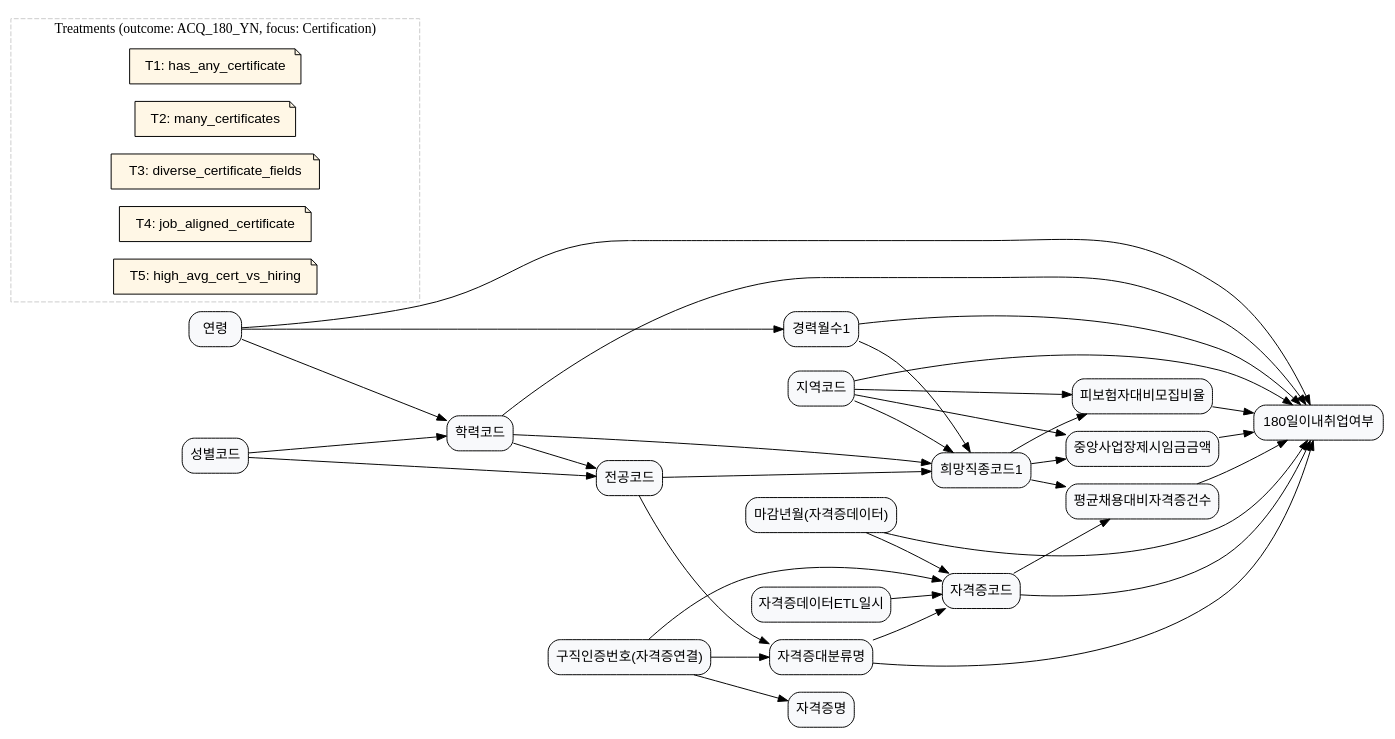
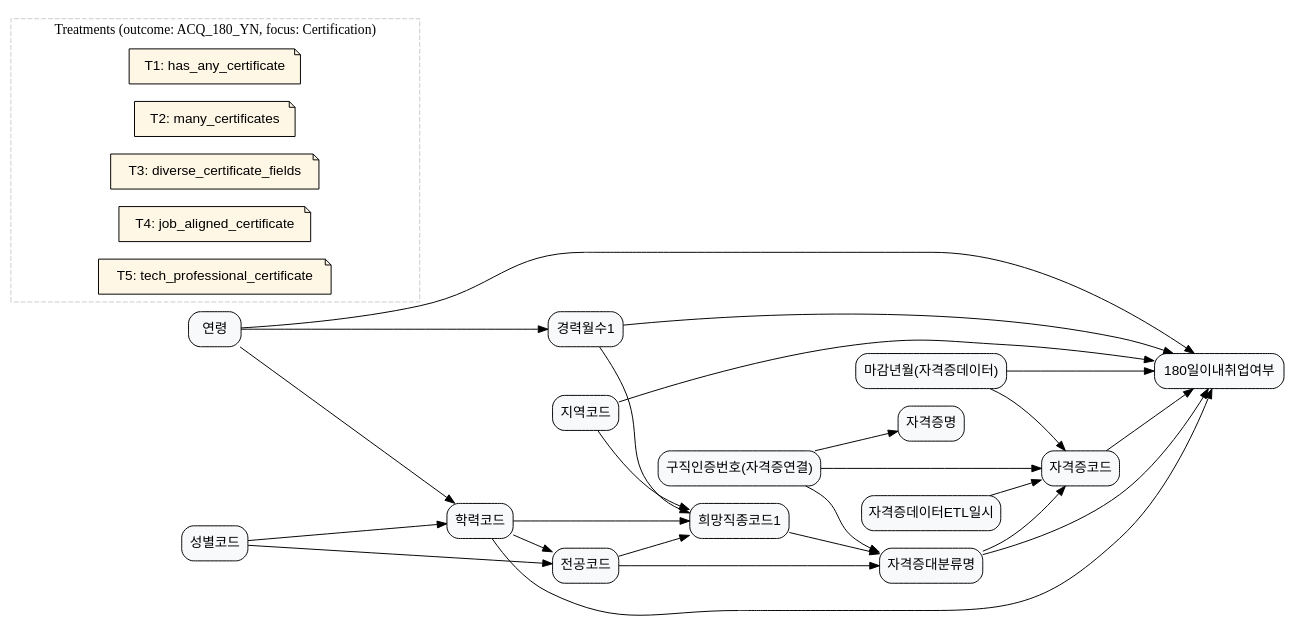
The diagram in laborlab/data/graph_data/graph_5.dot (KU-LIM-Lab/dowhy-deep), drawn with Graphviz before and after one commit. The commit also changed 4 other files, not shown here.

Commit message:
update graphs

```diff
--- a/laborlab/data/graph_data/graph_5.dot
+++ b/laborlab/data/graph_data/graph_5.dot
@@ -1,143 +1,131 @@
 digraph {
     rankdir=LR;
     node [shape=box, style="rounded,filled", fillcolor="#F8F9FB", fontname="Helvetica"];
 
     // ==== 노드 라벨 정의 (Outcome + 기본 배경) ====
     ACQ_180_YN                  [label="180일이내취업여부"];
     AGE                         [label="연령"];
     SXDS_CD                     [label="성별코드"];
     ACCR_CD                     [label="학력코드"];
     MAJR_CD1                    [label="전공코드"];
     CARR_MYCT1                  [label="경력월수1"];
     AREA_CD                     [label="지역코드"];
 
     // ==== 직종/노동시장/임금 관련 structured 변수 ====
     HOPE_JSCD1                  [label="희망직종코드1"];
-    IPS_VS_RCIT_RATE            [label="피보험자대비모집비율"];
-    NTR_BPLC_PSNT_WAGE_AMT      [label="중앙사업장제시임금금액"];
-    AVG_EMPN_VS_CRQF_CT         [label="평균채용대비자격증건수"];
 
     // ==== certification 테이블 변수 ====
     CLOS_YM                     [label="마감년월(자격증데이터)"];
     JHNT_CTN                    [label="구직인증번호(자격증연결)"];
     CRTF_CD                     [label="자격증코드"];
     CRTF_NM                     [label="자격증명"];
     CRTF_LCLS_NM                [label="자격증대분류명"];
     ETL_DT                      [label="자격증데이터ETL일시"];
 
     // ============================================================
     // ==== Treatment definitions (메타데이터용 노드) ==============
     // role="treatment_meta"로 태깅한 노드에 treatment 정보를 저장한다.
     // 파이프라인에서 pygraphviz로 읽어 DoWhy/TabPFN에 넘길 때 사용.
 
     subgraph cluster_treatments {
         label="Treatments (outcome: ACQ_180_YN, focus: Certification)";
         style=dashed;
         color="#CCCCCC";
         node [shape=note, style="rounded,filled", fillcolor="#FFF7E6", fontname="Helvetica"];
 
         // T1: 자격증 보유 여부 (at least one certificate)
         T1 [
             label="T1: has_any_certificate",
             role="treatment_meta",
             treatment_var="CRTF_CD",
             treatment_name="has_any_certificate",
             treatment_def="개인별 고유 CRTF_CD 개수 >= 1 이면 1, 0개이면 0",
             treatment_question="자격증을 한 개라도 보유한 구직자는 자격증이 전혀 없는 구직자보다 6개월 이내 취업 확률이 얼마나 높은가?"
         ];
 
         // T2: 자격증 개수가 많은 구직자 (certificate intensity)
         T2 [
             label="T2: many_certificates",
             role="treatment_meta",
             treatment_var="CRTF_CD",
             treatment_name="many_certificates",
             treatment_def="개인별 고유 CRTF_CD 개수가 분포 상위 분위(예: 상위 30%)에 해당하면 1, 그 외 0",
             treatment_question="자격증을 여러 개 보유한 구직자는 한두 개만 갖거나 자격증이 없는 구직자보다 6개월 이내 취업 확률이 얼마나 높은가?"
         ];
 
         // T3: 다양한 분야의 자격증을 가진 구직자 (field diversity)
         T3 [
             label="T3: diverse_certificate_fields",
             role="treatment_meta",
             treatment_var="CRTF_LCLS_NM",
             treatment_name="diverse_certificate_fields",
             treatment_def="개인별 고유 CRTF_LCLS_NM(자격증 대분류명) 종류 수가 분포 상위 분위(예: 상위 30%)면 1, 그 외 0",
             treatment_question="서로 다른 분야의 자격증을 다양하게 보유한 구직자는 한두 분야에만 집중되어 있거나 자격증이 없는 구직자보다 6개월 이내 취업 확률이 얼마나 높은가?"
         ];
 
         // T4: 희망직종과 일치하는 분야 자격증 보유 여부 (job-aligned certificate)
         T4 [
             label="T4: job_aligned_certificate",
             role="treatment_meta",
             treatment_var="CRTF_LCLS_NM",
             treatment_name="job_aligned_certificate",
             treatment_def="희망직종코드1(HOPE_JSCD1)에 대응되는 산업/직종군과 동일하거나 밀접하게 관련된 CRTF_LCLS_NM의 자격증을 하나 이상 보유하면 1, 그 외 0 (매핑 룰은 별도 정의)",
             treatment_question="희망 직종과 같은 분야(또는 밀접 분야)의 자격증을 보유한 구직자는 그렇지 않은 구직자보다 6개월 이내 취업 확률이 얼마나 높은가?"
         ];
 
-        // T5: 평균채용대비자격증건수가 높은 구직자 (high relative certification level)
+        // T5: 기술/전문 분야 자격증 보유 여부 (high-value technical/professional cert)
         T5 [
-            label="T5: high_avg_cert_vs_hiring",
+            label="T5: tech_professional_certificate",
             role="treatment_meta",
-            treatment_var="AVG_EMPN_VS_CRQF_CT",
-            treatment_name="high_avg_cert_vs_hiring",
-            treatment_def="AVG_EMPN_VS_CRQF_CT가 분포 상위 분위(예: 상위 30%)이면 1, 그 외 0",
-            treatment_question="동일 직종·지역에서 평균 대비 자격증 보유 수준이 높은 구직자는 그렇지 않은 구직자보다 6개월 이내 취업 확률이 얼마나 높은가?"
+            treatment_var="CRTF_LCLS_NM",
+            treatment_name="tech_professional_certificate",
+            treatment_def="CRTF_LCLS_NM이 '기술', '전문', '정보통신' 등 고숙련·전문직군에 해당하는 자격증을 하나 이상 포함하면 1, 그 외 0 (대분류-직군 매핑 룰 별도 정의)",
+            treatment_question="기술·전문·IT 등 고숙련 직군에 해당하는 자격증을 보유한 구직자는 그렇지 않은 구직자보다 6개월 이내 취업 확률이 얼마나 높은가?"
         ];
     }
 
     // ============================================================
     // ==== Causal structure (DAG for Certification) ==============
 
     // --- 인구학적/배경 변수 ---
     SXDS_CD -> ACCR_CD;                    // 성별에 따라 학력 경로가 달라질 수 있음
     SXDS_CD -> MAJR_CD1;                   // 성별에 따라 전공 선택이 다름
 
     AGE -> ACCR_CD;                        // 나이가 많을수록 높은 학력일 가능성
     AGE -> CARR_MYCT1;                     // 나이가 많을수록 경력월수 증가
     AGE -> ACQ_180_YN;                     // 연령에 따른 취업확률 차이
 
     AREA_CD -> HOPE_JSCD1;                 // 지역에 따라 선택 가능한/선호되는 직종이 다를 수 있음
-    AREA_CD -> IPS_VS_RCIT_RATE;           // 지역별 모집비율 차이
-    AREA_CD -> NTR_BPLC_PSNT_WAGE_AMT;     // 지역별 제시임금 수준 차이
     AREA_CD -> ACQ_180_YN;                 // 지역 노동시장 여건 차이
 
     // --- 학력/전공/경력 -> 직종/자격증 선택 ---
     ACCR_CD -> MAJR_CD1;                   // 학력이 전공 선택과 연계
     ACCR_CD -> HOPE_JSCD1;                 // 학력에 따라 진입 가능한 직종이 달라짐
     ACCR_CD -> ACQ_180_YN;                 // 학력이 직접 취업확률에 영향
 
     MAJR_CD1 -> HOPE_JSCD1;                // 전공과 관련된 직종을 희망하는 경향
     MAJR_CD1 -> CRTF_LCLS_NM;              // 전공 분야와 관련된 자격증 대분류 선택
 
     CARR_MYCT1 -> HOPE_JSCD1;              // 경력 분야를 계속 희망할 가능성
     CARR_MYCT1 -> ACQ_180_YN;              // 경력 자체가 취업 가능성에 직접 영향
 
-    // --- 직종/노동시장/임금 구조 ---
-    HOPE_JSCD1 -> AVG_EMPN_VS_CRQF_CT;     // 직종에 따라 요구/평균 자격증 개수가 다름
-    HOPE_JSCD1 -> IPS_VS_RCIT_RATE;        // 직종×지역별 모집비율
-    HOPE_JSCD1 -> NTR_BPLC_PSNT_WAGE_AMT;  // 직종×지역별 제시임금 수준
-
-    IPS_VS_RCIT_RATE -> ACQ_180_YN;        // 모집비율이 높을수록 취업 가능성이 증가
-    NTR_BPLC_PSNT_WAGE_AMT -> ACQ_180_YN;  // 제시임금 수준이 매칭 성사에 영향
+    // --- 직종 구조 (노동시장·임금 요약은 생략, 존재하지 않는 변수 제거) ---
+    HOPE_JSCD1 -> CRTF_LCLS_NM;            // 희망 직종과 관련 분야 자격증을 준비/선택하는 경향
 
     // --- 자격증 데이터 구조 및 취득/관측 ---
     // certification 테이블은 JHNT_CTN을 통해 구직인증과 연결
     JHNT_CTN -> CRTF_CD;                   // 해당 구직인증 시점에 보유한 자격증 코드
     JHNT_CTN -> CRTF_NM;                   // 자격증명
     JHNT_CTN -> CRTF_LCLS_NM;              // 자격증 대분류명
 
-    CRTF_LCLS_NM -> CRTF_CD;               // 어떤 분야(대분류)의 자격증인지가 세부 자격증 코드를 결정
-    CRTF_CD -> AVG_EMPN_VS_CRQF_CT;        // 개인 보유 자격증이 직종별 '평균채용대비자격증건수'에 반영됨
+    CRTF_LCLS_NM -> CRTF_CD;               // 어떤 분야(대분류)의 자격증인지가 세부 자격증 코드를 부분적으로 결정
 
     // 자격증 보유가 취업에 미치는 직접적인 구조
     CRTF_CD -> ACQ_180_YN;                 // 특정 자격증 보유 자체가 취업 가능성에 직접 영향
     CRTF_LCLS_NM -> ACQ_180_YN;            // 어떤 분야의 자격증인지(예: 전문기술 vs 일반)도 취업에 차이를 줄 수 있음
-    AVG_EMPN_VS_CRQF_CT -> ACQ_180_YN;     // 평균 대비 자격증 건수가 많을수록 취업 가능성 증가
 
     // --- 데이터 마감/관측 구조 ---
     CLOS_YM -> ACQ_180_YN;                 // 관측 기간(마감년월)에 따라 180일 내 취업 여부의 관측 가능 여부가 달라질 수 있음
     CLOS_YM -> CRTF_CD;                    // 마감 시점까지 취득한 자격증만 관측
     ETL_DT -> CRTF_CD;                     // ETL 시점에 따라 어떤 자격증 정보가 데이터에 반영되었는지 달라질 수 있음
 }
```
